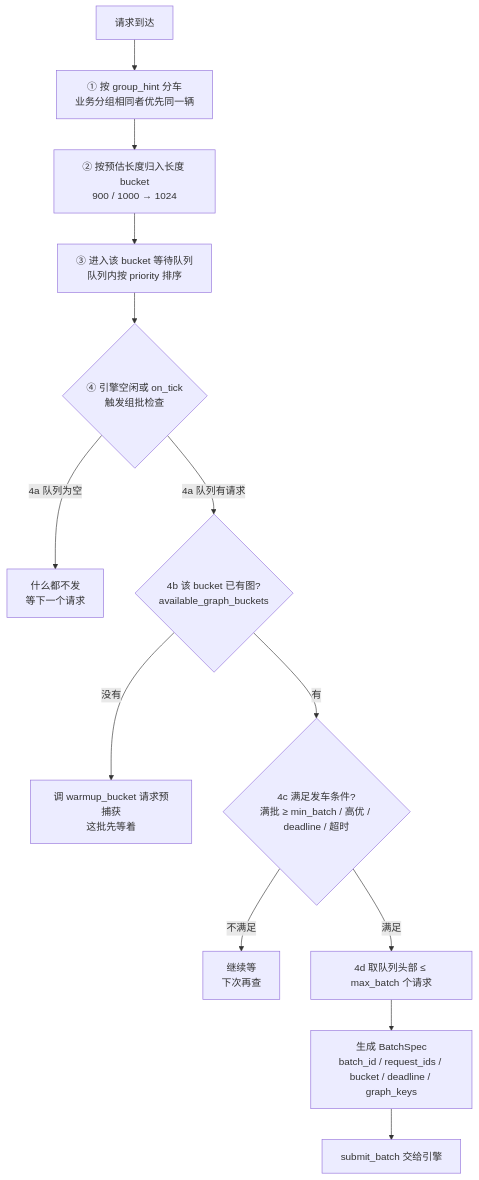
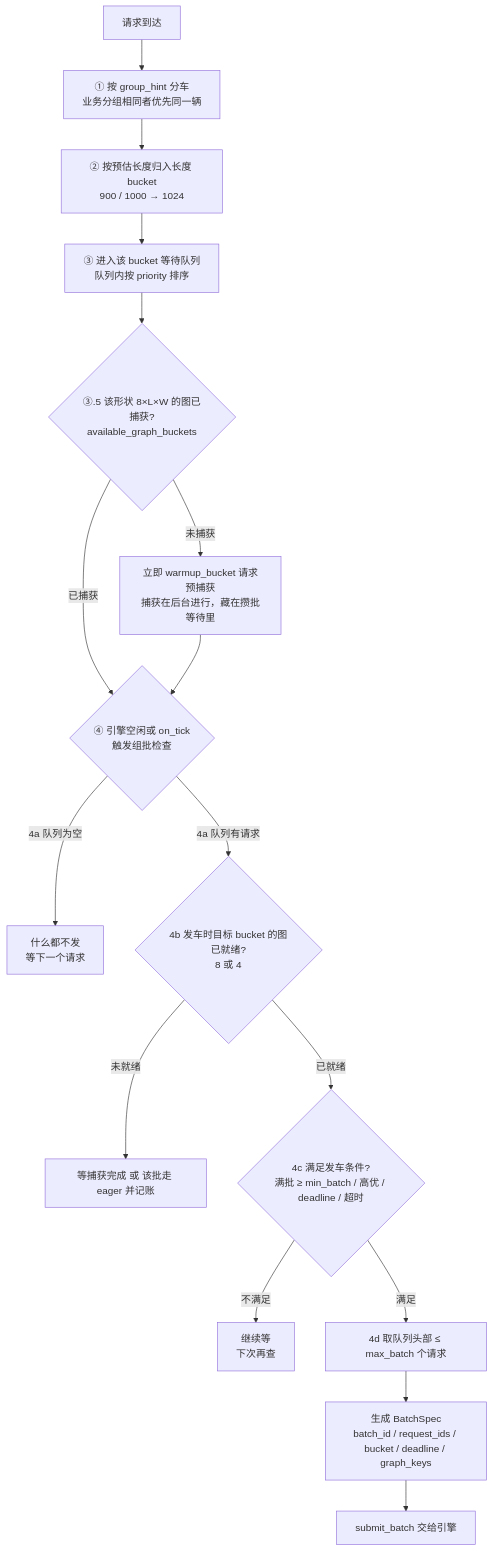
The third of 10 diagrams in 调度策略插件独立设计文档.md (ZhiYunpenghuawei/p1), drawn with Mermaid before and after one commit. The commit also changed other lines of this file, not shown here.

````diff
--- a/调度策略插件独立设计文档.md
+++ b/调度策略插件独立设计文档.md
@@ -65,15 +65,18 @@
 ```mermaid
 flowchart TD
     A[请求到达] --> B[① 按 group_hint 分车<br>业务分组相同者优先同一辆]
     B --> C[② 按预估长度归入长度 bucket<br>900 / 1000 → 1024]
     C --> D[③ 进入该 bucket 等待队列<br>队列内按 priority 排序]
-    D --> E{④ 引擎空闲或 on_tick<br>触发组批检查}
-    E -->|4a 队列为空| N[什么都不发<br>等下一个请求]
-    E -->|4a 队列有请求| F{4b 该 bucket 已有图?<br>available_graph_buckets}
-    F -->|没有| W[调 warmup_bucket 请求预捕获<br>这批先等着]
-    F -->|有| G{4c 满足发车条件?<br>满批 ≥ min_batch / 高优 / deadline / 超时}
-    G -->|不满足| H[继续等<br>下次再查]
-    G -->|满足| I[4d 取队列头部 ≤ max_batch 个请求]
-    I --> J[生成 BatchSpec<br>batch_id / request_ids / bucket / deadline / graph_keys]
-    J --> K[submit_batch 交给引擎]
+    D --> E{③.5 该形状 8×L×W 的图已捕获?<br>available_graph_buckets}
+    E -->|未捕获| F[立即 warmup_bucket 请求预捕获<br>捕获在后台进行，藏在攒批等待里]
+    E -->|已捕获| G{④ 引擎空闲或 on_tick<br>触发组批检查}
+    F --> G
+    G -->|4a 队列为空| N[什么都不发<br>等下一个请求]
+    G -->|4a 队列有请求| H{4b 发车时目标 bucket 的图已就绪?<br>8 或 4}
+    H -->|未就绪| W[等捕获完成 或 该批走 eager 并记账]
+    H -->|已就绪| I{4c 满足发车条件?<br>满批 ≥ min_batch / 高优 / deadline / 超时}
+    I -->|不满足| J[继续等<br>下次再查]
+    I -->|满足| K[4d 取队列头部 ≤ max_batch 个请求]
+    K --> L[生成 BatchSpec<br>batch_id / request_ids / bucket / deadline / graph_keys]
+    L --> M[submit_batch 交给引擎]
 ```
````
